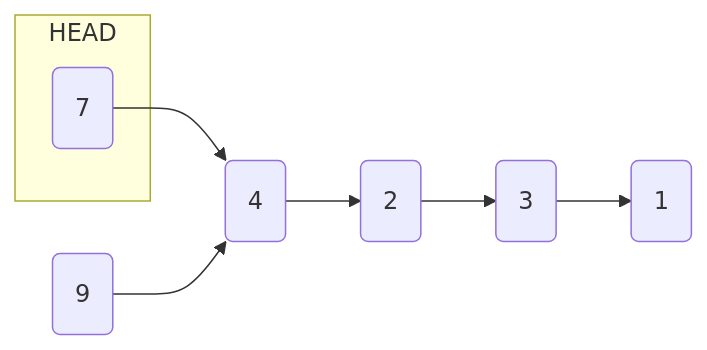
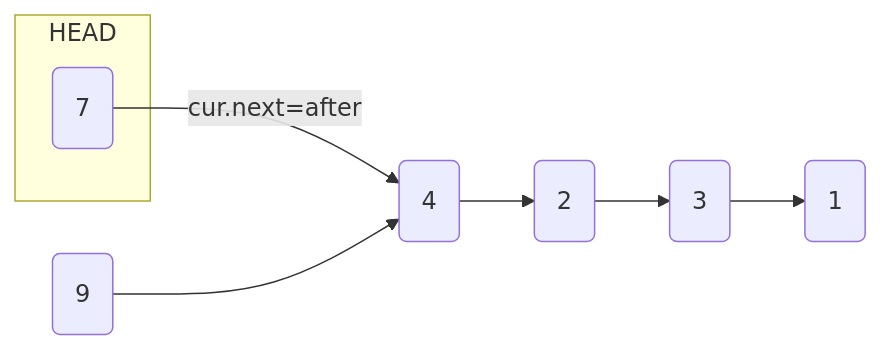
Diagram 12 of 16 in Sem/Sem3/LinkedList_LIFO.md (artem-uhnovets/gr4594-algo_data_structure), drawn with Mermaid before and after one commit. The commit also changed other lines of this file and 2 other files, not shown here.

````diff
--- a/Sem/Sem3/LinkedList_LIFO.md
+++ b/Sem/Sem3/LinkedList_LIFO.md
@@ -219,17 +224,17 @@
 ```mermaid
 ---
 title: ""
 ---
 flowchart LR
 1("1")
 2("3")
 3("2")
 4("4")
 5("9")
 subgraph HEAD
 6("7")
 end
-6 --> 4 --> 3 --> 2 --> 1
+6 -->|cur.next=after| 4 --> 3 --> 2 --> 1
 5 --> 4
 
 ```
````
